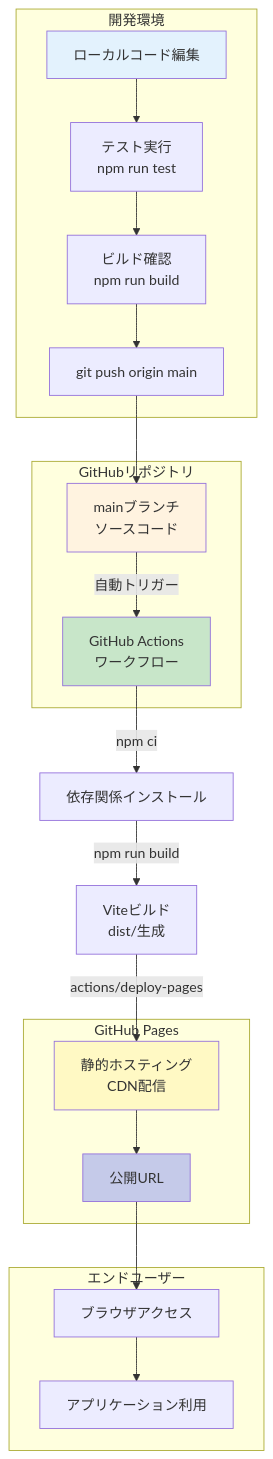
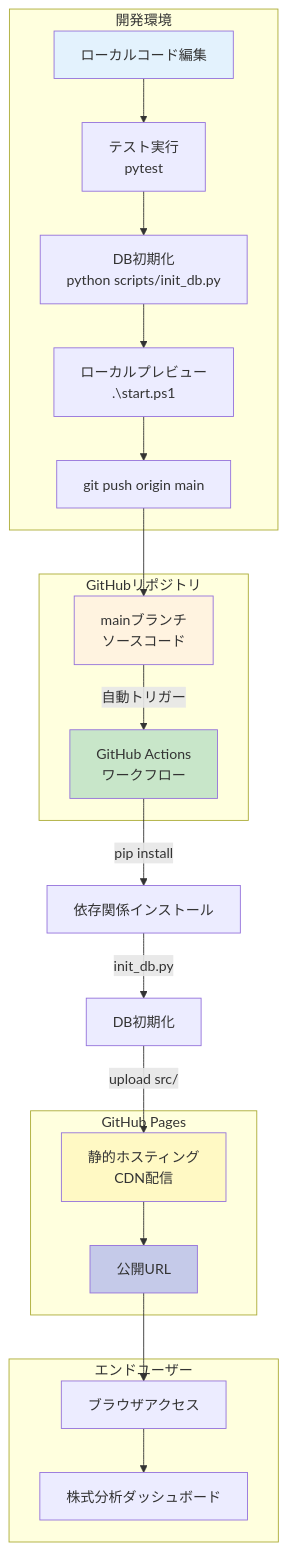
One commit to J1921604/stock-analysis changed the first of 4 diagrams in docs/DEPLOY_GUIDE.md. Above: the diagram before and after it, drawn with Mermaid. The commit also changed other lines of this file and 8 other files, not shown here.

First line of the commit message:
fix: integrate DEPLOY_GUIDE.md, add favicon, create .gitignore, fix init_db.py bugs

````diff
--- a/docs/DEPLOY_GUIDE.md
+++ b/docs/DEPLOY_GUIDE.md
@@ -29,42 +32,44 @@
 ```mermaid
 flowchart TB
     subgraph Developer["開発環境"]
         A[ローカルコード編集]
-        B[テスト実行<br/>npm run test]
-        C[ビルド確認<br/>npm run build]
-        D[git push origin main]
+        B[テスト実行<br/>pytest]
+        C[DB初期化<br/>python scripts/init_db.py]
+        D[ローカルプレビュー<br/>.\start.ps1]
+        E[git push origin main]
     end
   
     subgraph GitHub["GitHubリポジトリ"]
-        E[mainブランチ<br/>ソースコード]
-        F[GitHub Actions<br/>ワークフロー]
+        F[mainブランチ<br/>ソースコード]
+        G[GitHub Actions<br/>ワークフロー]
     end
   
     subgraph Deploy["GitHub Pages"]
-        H[静的ホスティング<br/>CDN配信]
-        I[公開URL]
+        I[静的ホスティング<br/>CDN配信]
+        J[公開URL]
     end
   
     subgraph Users["エンドユーザー"]
-        J[ブラウザアクセス]
-        K[アプリケーション利用]
+        K[ブラウザアクセス]
+        L[株式分析ダッシュボード]
     end
   
     A --> B
     B --> C
     C --> D
     D --> E
-    E -->|自動トリガー| F
-    F -->|npm ci| F1[依存関係インストール]
-    F1 -->|npm run build| F2[Viteビルド<br/>dist/生成]
-    F2 -->|actions/deploy-pages| H
-    H --> I
+    E --> F
+    F -->|自動トリガー| G
+    G -->|pip install| G1[依存関係インストール]
+    G1 -->|init_db.py| G2[DB初期化]
+    G2 -->|upload src/| I
     I --> J
     J --> K
+    K --> L
   
     style A fill:#e3f2fd
-    style E fill:#fff3e0
-    style F fill:#c8e6c9
-    style H fill:#fff9c4
-    style I fill:#c5cae9
+    style F fill:#fff3e0
+    style G fill:#c8e6c9
+    style I fill:#fff9c4
+    style J fill:#c5cae9
 ```
````
